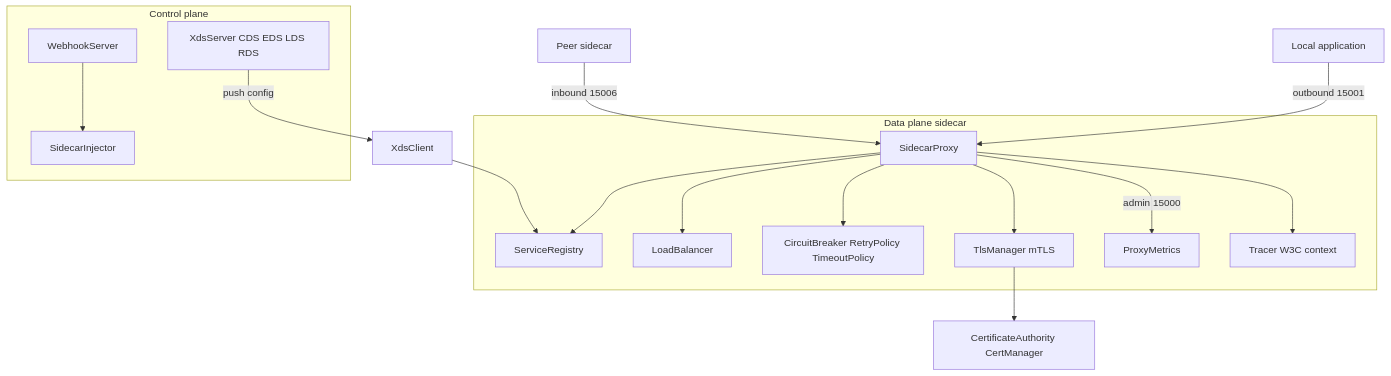
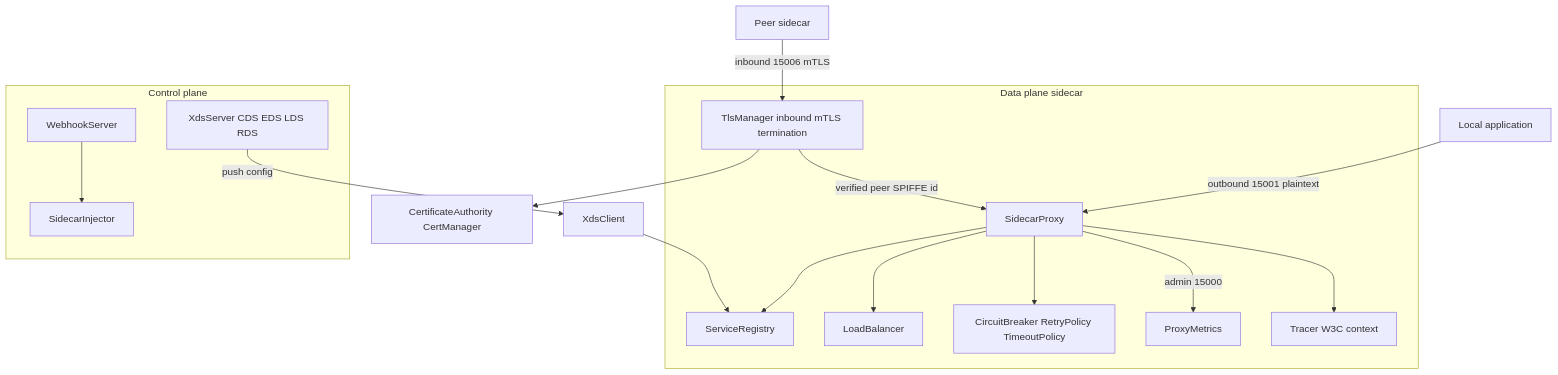
Before and after one commit to jchu0/applied-cs-projects: the first of 2 diagrams in 13-service-mesh/docs/BLUEPRINT.md, drawn with Mermaid. The commit also changed other lines of this file and 7 other files, not shown here.

First line of the commit message:
Tier B 13: mTLS on the proxy data path + real consistent-hash RingHash

````diff
--- a/13-service-mesh/docs/BLUEPRINT.md
+++ b/13-service-mesh/docs/BLUEPRINT.md
@@ -54,29 +57,29 @@
 ```mermaid
 flowchart TD
     subgraph DataPlane[Data plane sidecar]
         Proxy[SidecarProxy]
         Registry[ServiceRegistry]
         LB[LoadBalancer]
         Policy[CircuitBreaker RetryPolicy TimeoutPolicy]
-        TLS[TlsManager mTLS]
+        TLS[TlsManager inbound mTLS termination]
         Metrics[ProxyMetrics]
         Tracer[Tracer W3C context]
     end
     subgraph ControlPlane[Control plane]
         XdsServer[XdsServer CDS EDS LDS RDS]
         Webhook[WebhookServer]
         Injector[SidecarInjector]
     end
-    App[Local application] -->|outbound 15001| Proxy
-    Peer[Peer sidecar] -->|inbound 15006| Proxy
+    App[Local application] -->|outbound 15001 plaintext| Proxy
+    Peer[Peer sidecar] -->|inbound 15006 mTLS| TLS
+    TLS -->|verified peer SPIFFE id| Proxy
     Proxy -->|admin 15000| Metrics
     Proxy --> Registry
     Proxy --> LB
     Proxy --> Policy
-    Proxy --> TLS
     Proxy --> Tracer
     TLS --> Cert[CertificateAuthority CertManager]
     XdsServer -->|push config| XdsClient[XdsClient]
     XdsClient --> Registry
     Webhook --> Injector
 ```
````
